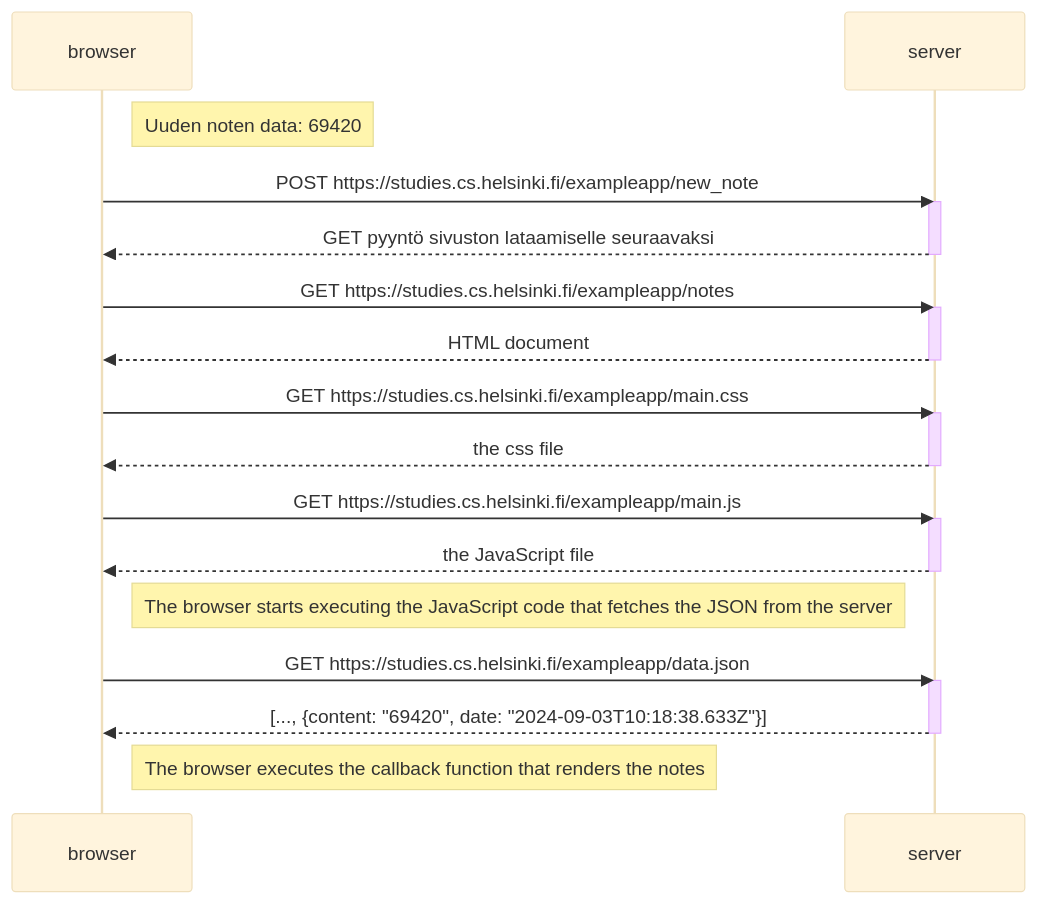
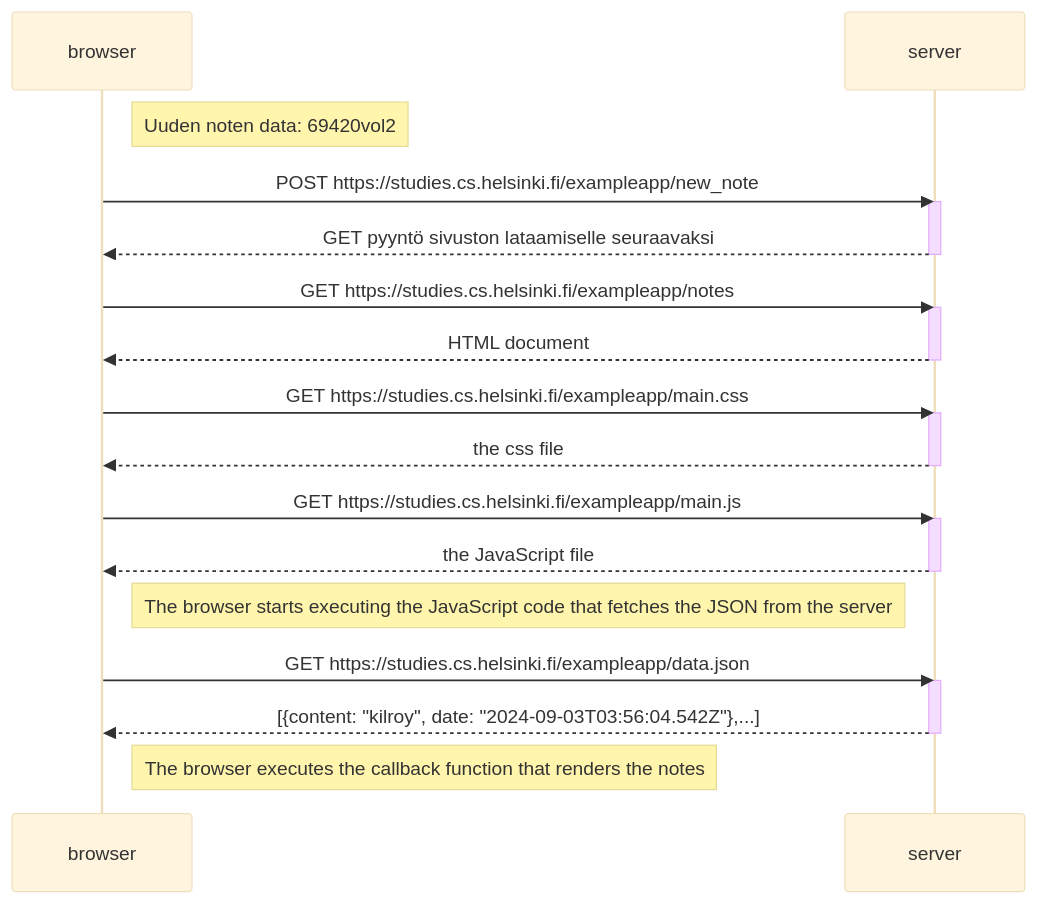
One commit to Seakorv/FullStackOpen changed the diagram in osa0/0_4.md. Above: the diagram before and after it, drawn with Mermaid (base theme).

Commit message:
Update 0_4.md
Muokkasin content-kohdan oikeaksi

````diff
--- a/osa0/0_4.md
+++ b/osa0/0_4.md
@@ -1,36 +1,36 @@
 ```mermaid
 sequenceDiagram
     participant browser
     participant server
 
-    Note right of browser: Uuden noten data: 69420
+    Note right of browser: Uuden noten data: 69420vol2
     
     browser->>server: POST https://studies.cs.helsinki.fi/exampleapp/new_note
     activate server
     server-->>browser: GET pyyntö sivuston lataamiselle seuraavaksi
     deactivate server
 
     browser->>server: GET https://studies.cs.helsinki.fi/exampleapp/notes
     activate server
     server-->>browser: HTML document
     deactivate server
     
     browser->>server: GET https://studies.cs.helsinki.fi/exampleapp/main.css
     activate server
     server-->>browser: the css file
     deactivate server
     
     browser->>server: GET https://studies.cs.helsinki.fi/exampleapp/main.js
     activate server
     server-->>browser: the JavaScript file
     deactivate server
     
     Note right of browser: The browser starts executing the JavaScript code that fetches the JSON from the server
     
     browser->>server: GET https://studies.cs.helsinki.fi/exampleapp/data.json
     activate server
-    server-->>browser: [..., {content: "69420", date: "2024-09-03T10:18:38.633Z"}]
+    server-->>browser: [{content: "kilroy", date: "2024-09-03T03:56:04.542Z"},...]
     deactivate server    
 
     Note right of browser: The browser executes the callback function that renders the notes 
 ```
````
